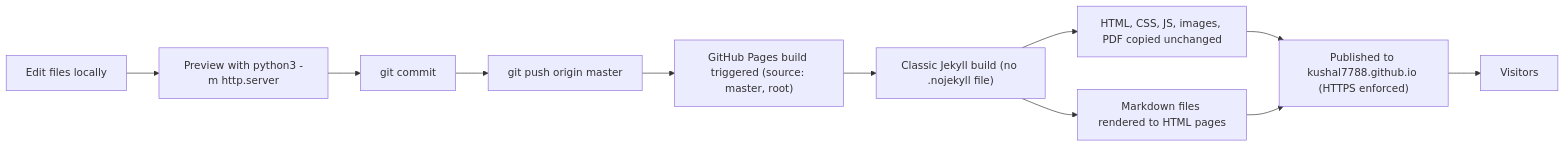
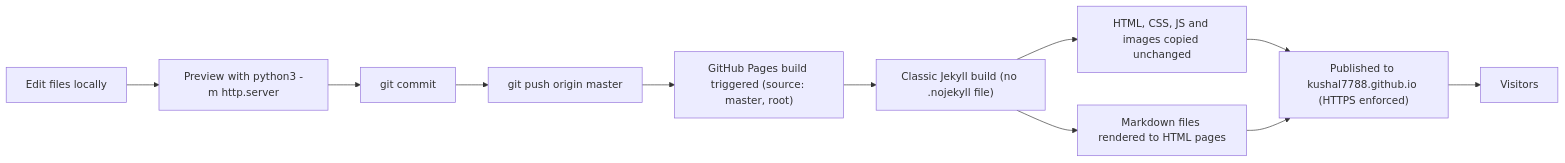
The sixth of 6 diagrams in docs/ARCHITECTURE.md (Kushal7788/Kushal7788.github.io), drawn with Mermaid before and after one commit. The commit also changed other lines of this file and 2 other files, not shown here.

````diff
--- a/docs/ARCHITECTURE.md
+++ b/docs/ARCHITECTURE.md
@@ -148,13 +144,13 @@
 ```mermaid
 flowchart LR
     Dev["Edit files locally"] --> Preview["Preview with python3 -m http.server"]
     Preview --> Commit["git commit"]
     Commit --> Push["git push origin master"]
     Push --> Trigger["GitHub Pages build triggered (source: master, root)"]
     Trigger --> Jekyll["Classic Jekyll build (no .nojekyll file)"]
-    Jekyll --> Copy["HTML, CSS, JS, images, PDF copied unchanged"]
+    Jekyll --> Copy["HTML, CSS, JS and images copied unchanged"]
     Jekyll --> Render["Markdown files rendered to HTML pages"]
     Copy --> Publish["Published to kushal7788.github.io (HTTPS enforced)"]
     Render --> Publish
     Publish --> Visitors["Visitors"]
 ```
````
